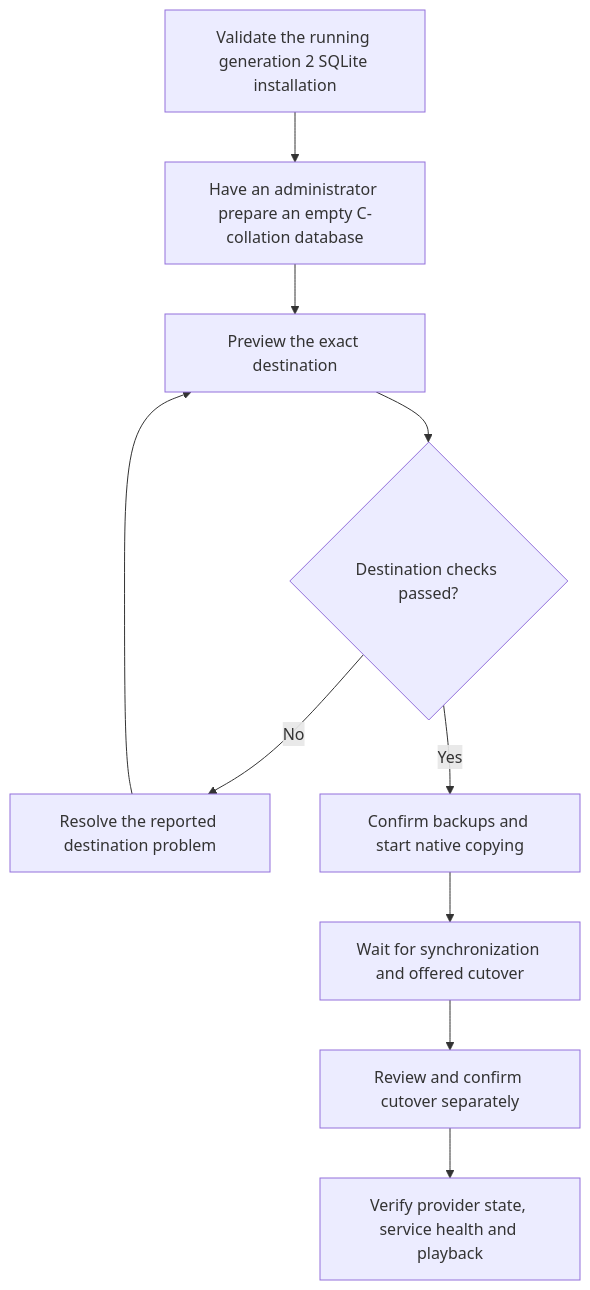
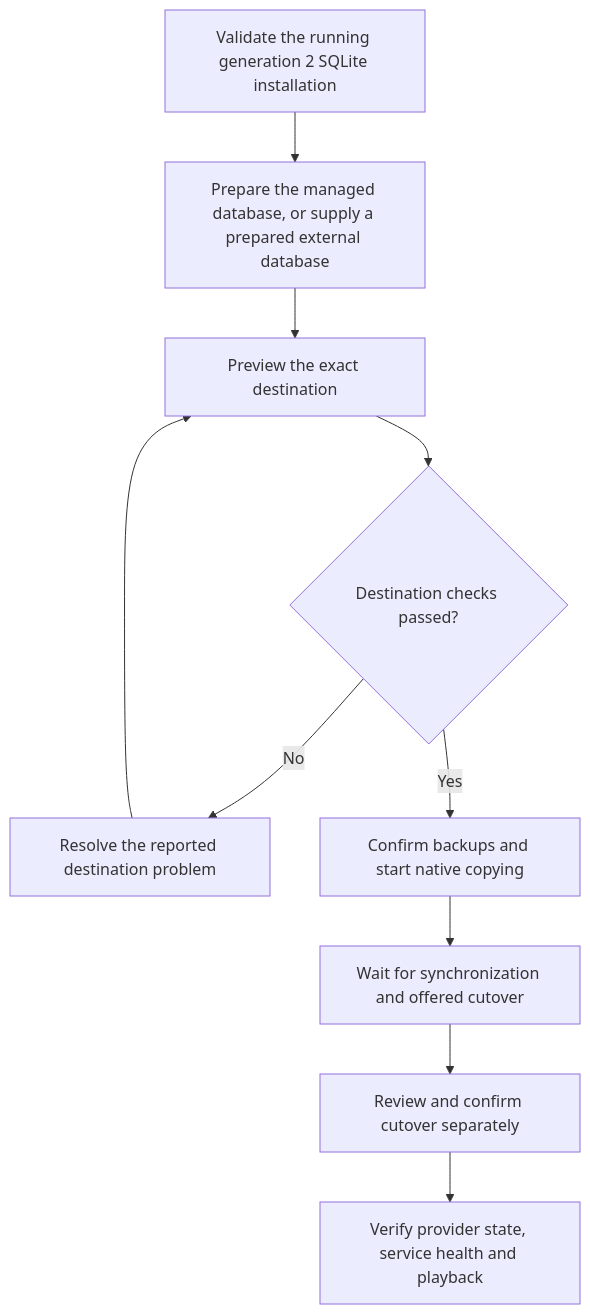
The second of 2 diagrams in docs/features/infinidysk-v2-migration.md (I-am-PUID-0/DUMB_docs), drawn with Mermaid before and after one commit. The commit also changed other lines of this file and 2 other files, not shown here.

Commit message:
docs(infinidysk): explain managed database preparation and client keys

````diff
--- a/docs/features/infinidysk-v2-migration.md
+++ b/docs/features/infinidysk-v2-migration.md
@@ -833,14 +836,14 @@
 ```mermaid
 flowchart TD
     accTitle: Copy before confirming native PostgreSQL cutover
-    accDescr: Verify the dedicated destination, copy while SQLite remains active and confirm the offered provider cutover separately.
-    SQLite["Validate the running generation 2 SQLite installation"] --> Database["Have an administrator prepare an empty C-collation database"]
+    accDescr: Explicitly prepare a managed destination or supply an external one, review its checks, copy while SQLite remains active and confirm provider cutover separately.
+    SQLite["Validate the running generation 2 SQLite installation"] --> Database["Prepare the managed database, or supply a prepared external database"]
     Database --> Preview["Preview the exact destination"]
     Preview --> Valid{"Destination checks passed?"}
     Valid -->|No| Correct["Resolve the reported destination problem"]
     Correct --> Preview
     Valid -->|Yes| Copy["Confirm backups and start native copying"]
     Copy --> Sync["Wait for synchronization and offered cutover"]
     Sync --> Confirm["Review and confirm cutover separately"]
     Confirm --> Verify["Verify provider state, service health and playback"]
 ```
````
